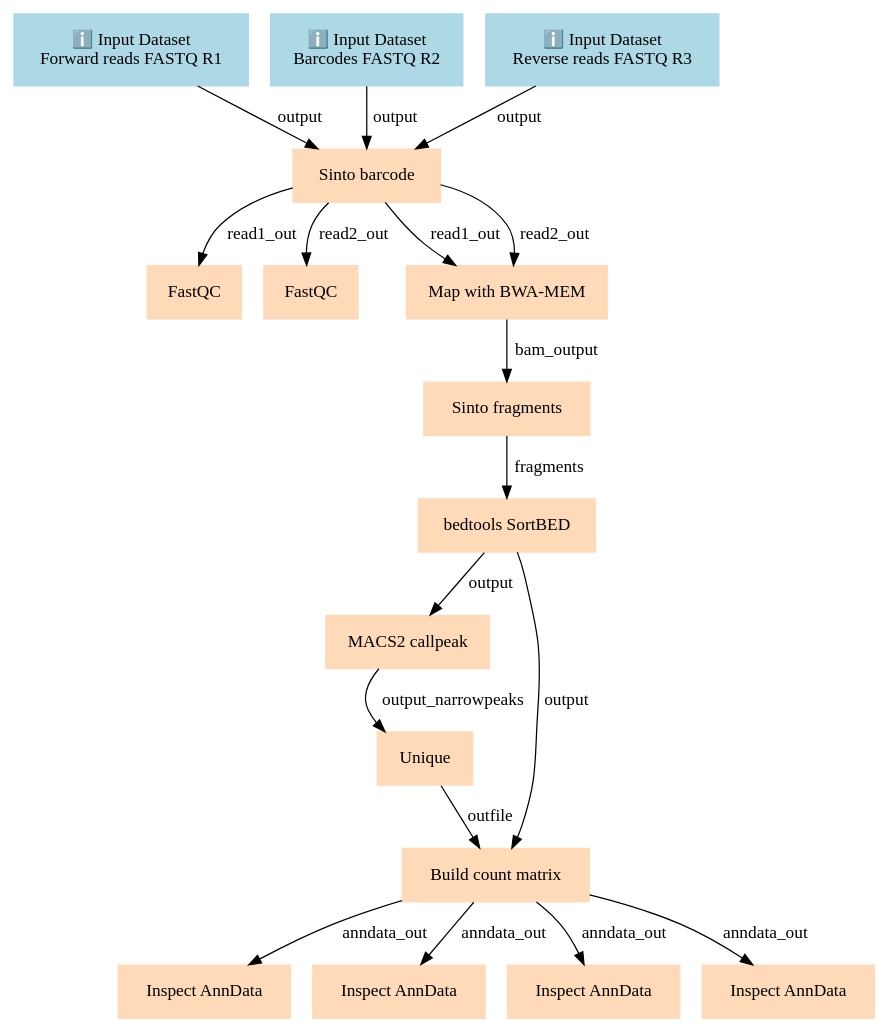
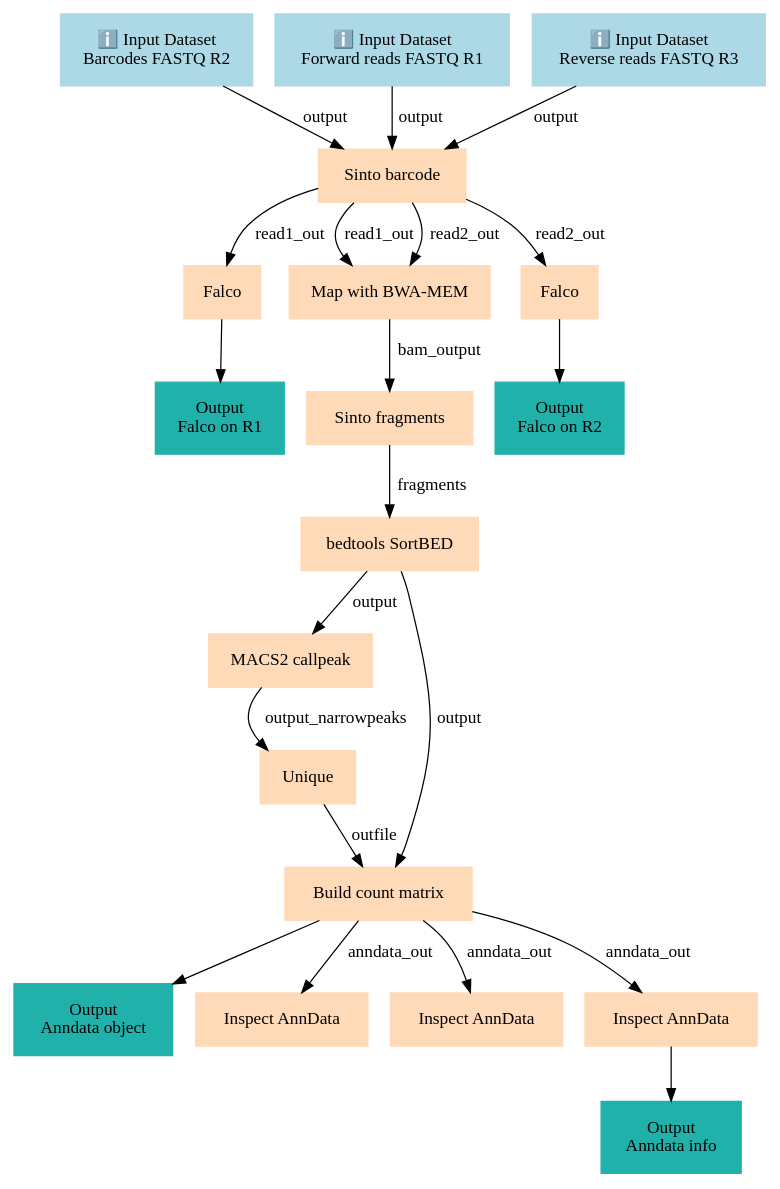
Before and after one commit to galaxyproject/training-material: the diagram in api/workflows/single-cell/scatac-preprocessing-tenx/scatac-seq-fastq-to-count-matrix/graph.dot, drawn with Graphviz. The commit also changed 10006 other files, not shown here.

```diff
--- a/api/workflows/single-cell/scatac-preprocessing-tenx/scatac-seq-fastq-to-count-matrix/graph.dot
+++ b/api/workflows/single-cell/scatac-preprocessing-tenx/scatac-seq-fastq-to-count-matrix/graph.dot
@@ -1,37 +1,43 @@
 digraph main {
   node [fontname="Atkinson Hyperlegible", shape=box, color=white,style=filled,color=peachpuff,margin="0.2,0.2"];
   edge [fontname="Atkinson Hyperlegible"];
-  0[color=lightblue,label="ℹ️ Input Dataset\nForward reads FASTQ R1"]
-  1[color=lightblue,label="ℹ️ Input Dataset\nBarcodes FASTQ R2"]
+  0[color=lightblue,label="ℹ️ Input Dataset\nBarcodes FASTQ R2"]
+  1[color=lightblue,label="ℹ️ Input Dataset\nForward reads FASTQ R1"]
   2[color=lightblue,label="ℹ️ Input Dataset\nReverse reads FASTQ R3"]
   3[label="Sinto barcode"]
+  0 -> 3 [label="output"]
   1 -> 3 [label="output"]
-  0 -> 3 [label="output"]
   2 -> 3 [label="output"]
-  4[label="FastQC"]
+  4[label="Falco"]
   3 -> 4 [label="read1_out"]
-  5[label="FastQC"]
+  kee430f865aa24fbfa7bc8deb4aeb8c0f[color=lightseagreen,label="Output\nFalco on R1"]
+  4 -> kee430f865aa24fbfa7bc8deb4aeb8c0f
+  5[label="Map with BWA-MEM"]
+  3 -> 5 [label="read1_out"]
   3 -> 5 [label="read2_out"]
-  6[label="Map with BWA-MEM"]
-  3 -> 6 [label="read1_out"]
+  6[label="Falco"]
   3 -> 6 [label="read2_out"]
+  kaa7c6e892fac4b38943a4717bc678b19[color=lightseagreen,label="Output\nFalco on R2"]
+  6 -> kaa7c6e892fac4b38943a4717bc678b19
   7[label="Sinto fragments"]
-  6 -> 7 [label="bam_output"]
+  5 -> 7 [label="bam_output"]
   8[label="bedtools SortBED"]
   7 -> 8 [label="fragments"]
   9[label="MACS2 callpeak"]
   8 -> 9 [label="output"]
   10[label="Unique"]
   9 -> 10 [label="output_narrowpeaks"]
   11[label="Build count matrix"]
   8 -> 11 [label="output"]
   10 -> 11 [label="outfile"]
+  kadcce063b4d34d8e9d1e5bb15247ac11[color=lightseagreen,label="Output\nAnndata object"]
+  11 -> kadcce063b4d34d8e9d1e5bb15247ac11
   12[label="Inspect AnnData"]
   11 -> 12 [label="anndata_out"]
   13[label="Inspect AnnData"]
   11 -> 13 [label="anndata_out"]
   14[label="Inspect AnnData"]
   11 -> 14 [label="anndata_out"]
-  15[label="Inspect AnnData"]
-  11 -> 15 [label="anndata_out"]
+  k420096ff010d46cdabd85b34dd54c364[color=lightseagreen,label="Output\nAnndata info"]
+  14 -> k420096ff010d46cdabd85b34dd54c364
 }
```
